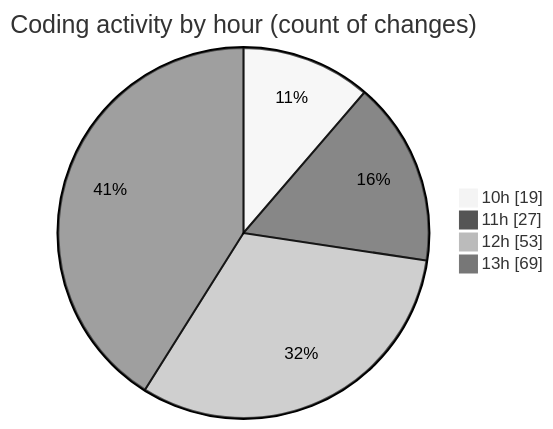
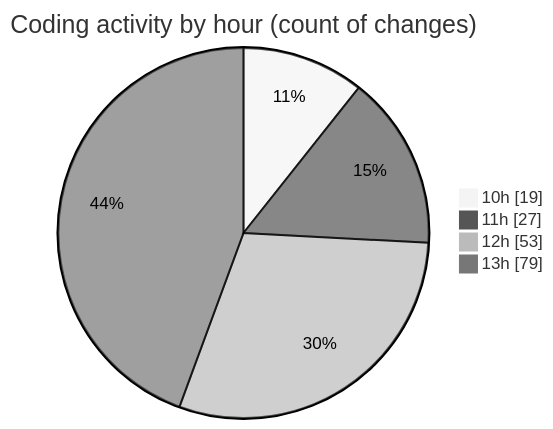
Before and after one commit to momahboobian/code-tracking: the second of 2 diagrams in 2025-03-18/cda/README.md, drawn with Mermaid (neutral theme). The commit also changed other lines of this file and 1 other file, not shown here.

````diff
--- a/2025-03-18/cda/README.md
+++ b/2025-03-18/cda/README.md
@@ -42,8 +42,8 @@
 ```mermaid
 pie showData
 title Coding activity by hour (count of changes)
 "10h" : 19
 "11h" : 27
 "12h" : 53
-"13h" : 69
+"13h" : 79
 ```
````
